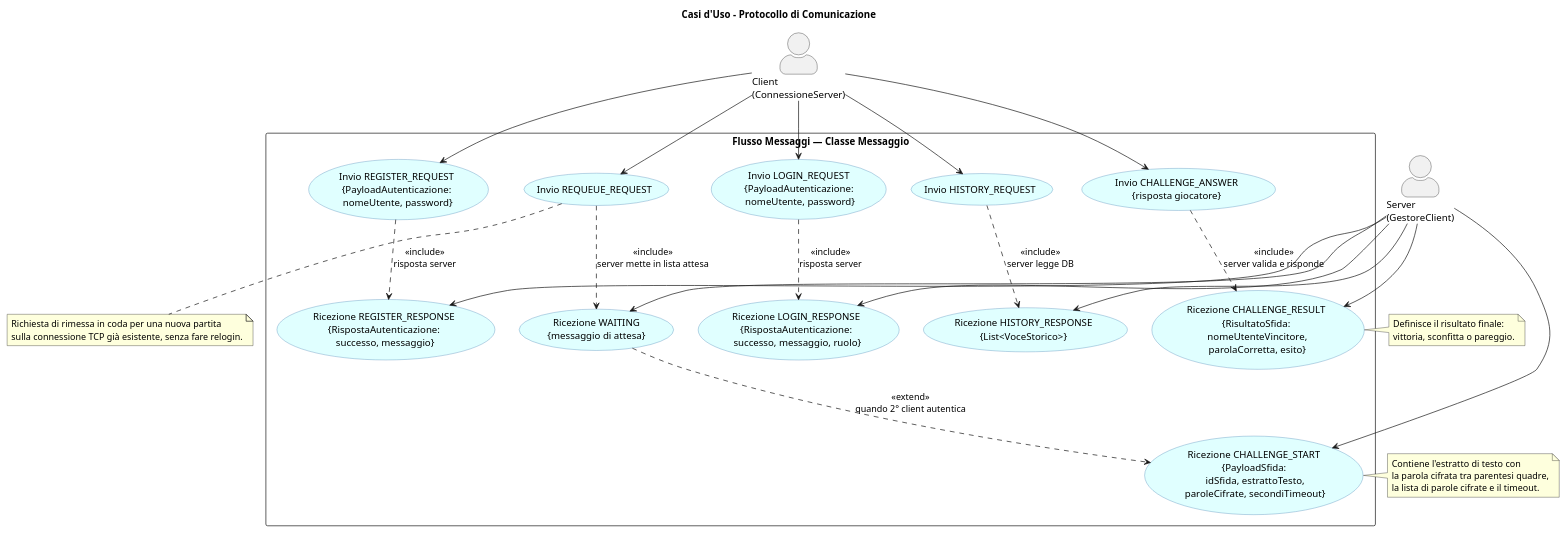
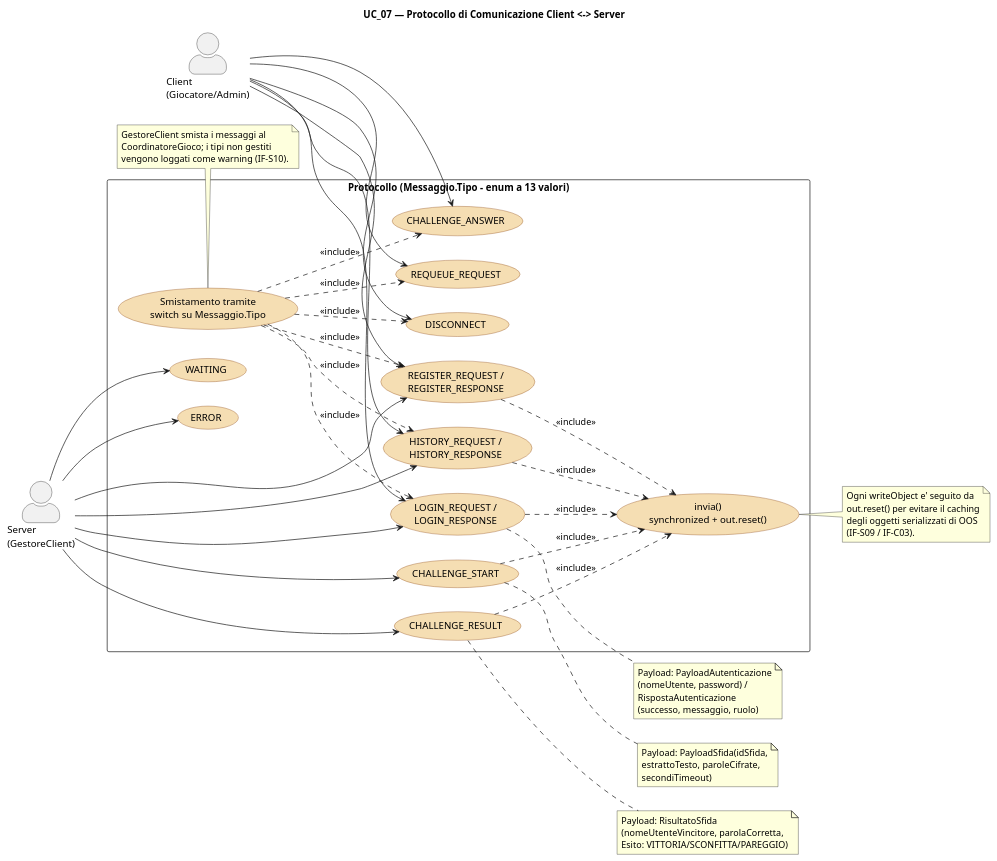
The diagram in Documenti/Diagrammi/UC_07_Protocollo.puml (Michele-Pio-Russo/Progetto_Java_Avanzata_Gruppo_2), drawn with PlantUML before and after one commit. The commit also changed 26 other files, not shown here.

```diff
--- a/Documenti/Diagrammi/UC_07_Protocollo.puml
+++ b/Documenti/Diagrammi/UC_07_Protocollo.puml
@@ -1,72 +1,90 @@
 @startuml UC_07_Protocollo
+left to right direction
 skinparam actorStyle awesome
 skinparam packageStyle rectangle
 skinparam usecase {
-  BackgroundColor LightCyan
-  BorderColor SteelBlue
+  BackgroundColor Wheat
+  BorderColor SaddleBrown
 }
 
-title Casi d'Uso - Protocollo di Comunicazione
+title UC_07 — Protocollo di Comunicazione Client <-> Server
 
-actor "Client\n(ConnessioneServer)" as Client
-actor "Server\n(GestoreClient)" as Server
+actor "Client\n(Giocatore/Admin)" as C
+actor "Server\n(GestoreClient)" as S
 
-rectangle "Flusso Messaggi — Classe Messaggio" {
+rectangle "Protocollo (Messaggio.Tipo - enum a 13 valori)" {
+  usecase "LOGIN_REQUEST /\nLOGIN_RESPONSE" as M_LOGIN
+  usecase "REGISTER_REQUEST /\nREGISTER_RESPONSE" as M_REG
+  usecase "WAITING" as M_WAIT
+  usecase "CHALLENGE_START" as M_START
+  usecase "CHALLENGE_ANSWER" as M_ANS
+  usecase "CHALLENGE_RESULT" as M_RESULT
+  usecase "HISTORY_REQUEST /\nHISTORY_RESPONSE" as M_HIST
+  usecase "REQUEUE_REQUEST" as M_REQUEUE
+  usecase "ERROR" as M_ERR
+  usecase "DISCONNECT" as M_DISC
 
-  usecase "Invio LOGIN_REQUEST\n{PayloadAutenticazione:\n nomeUtente, password}" as COM01
-  usecase "Ricezione LOGIN_RESPONSE\n{RispostaAutenticazione:\n successo, messaggio, ruolo}" as COM02
-
-  usecase "Invio REGISTER_REQUEST\n{PayloadAutenticazione:\n nomeUtente, password}" as COM03
-  usecase "Ricezione REGISTER_RESPONSE\n{RispostaAutenticazione:\n successo, messaggio}" as COM04
-
-  usecase "Ricezione WAITING\n{messaggio di attesa}" as COM05
-
-  usecase "Ricezione CHALLENGE_START\n{PayloadSfida:\n idSfida, estrattoTesto,\n paroleCifrate, secondiTimeout}" as COM06
-
-  usecase "Invio CHALLENGE_ANSWER\n{risposta giocatore}" as COM07
-
-  usecase "Ricezione CHALLENGE_RESULT\n{RisultatoSfida:\n nomeUtenteVincitore,\n parolaCorretta, esito}" as COM08
-
-  usecase "Invio HISTORY_REQUEST" as COM09
-  usecase "Ricezione HISTORY_RESPONSE\n{List<VoceStorico>}" as COM10
-
-  usecase "Invio REQUEUE_REQUEST" as COM11
+  usecase "invia()\nsynchronized + out.reset()" as UC_INVIA
+  usecase "Smistamento tramite\nswitch su Messaggio.Tipo" as UC_SWITCH
 }
 
-Client --> COM01
-Client --> COM03
-Client --> COM07
-Client --> COM09
-Client --> COM11
+C --> M_LOGIN
+C --> M_REG
+C --> M_ANS
+C --> M_HIST
+C --> M_REQUEUE
+C --> M_DISC
 
-Server --> COM02
-Server --> COM04
-Server --> COM05
-Server --> COM06
-Server --> COM08
-Server --> COM10
+S --> M_LOGIN
+S --> M_REG
+S --> M_WAIT
+S --> M_START
+S --> M_RESULT
+S --> M_HIST
+S --> M_ERR
 
-COM01 ..> COM02 : <<include>>\nrisposta server
-COM03 ..> COM04 : <<include>>\nrisposta server
-COM05 ..> COM06 : <<extend>>\nquando 2° client autentica
-COM07 ..> COM08 : <<include>>\nserver valida e risponde
-COM09 ..> COM10 : <<include>>\nserver legge DB
-COM11 ..> COM05 : <<include>>\nserver mette in lista attesa
+M_LOGIN ..> UC_INVIA : <<include>>
+M_REG ..> UC_INVIA : <<include>>
+M_START ..> UC_INVIA : <<include>>
+M_RESULT ..> UC_INVIA : <<include>>
+M_HIST ..> UC_INVIA : <<include>>
 
-note right of COM06
-  Contiene l'estratto di testo con
-  la parola cifrata tra parentesi quadre,
-  la lista di parole cifrate e il timeout.
+UC_SWITCH ..> M_LOGIN  : <<include>>
+UC_SWITCH ..> M_REG    : <<include>>
+UC_SWITCH ..> M_ANS    : <<include>>
+UC_SWITCH ..> M_HIST   : <<include>>
+UC_SWITCH ..> M_REQUEUE: <<include>>
+UC_SWITCH ..> M_DISC   : <<include>>
+
+note right of M_LOGIN
+  Payload: PayloadAutenticazione
+  (nomeUtente, password) /
+  RispostaAutenticazione
+  (successo, messaggio, ruolo)
 end note
 
-note right of COM08
-  Definisce il risultato finale:
-  vittoria, sconfitta o pareggio.
+note right of M_START
+  Payload: PayloadSfida(idSfida,
+  estrattoTesto, paroleCifrate,
+  secondiTimeout)
 end note
 
-note bottom of COM11
-  Richiesta di rimessa in coda per una nuova partita
-  sulla connessione TCP già esistente, senza fare relogin.
+note right of M_RESULT
+  Payload: RisultatoSfida
+  (nomeUtenteVincitore, parolaCorretta,
+  Esito: VITTORIA/SCONFITTA/PAREGGIO)
 end note
 
+note right of UC_INVIA
+  Ogni writeObject e' seguito da
+  out.reset() per evitare il caching
+  degli oggetti serializzati di OOS
+  (IF-S09 / IF-C03).
+end note
+
+note bottom of UC_SWITCH
+  GestoreClient smista i messaggi al
+  CoordinatoreGioco; i tipi non gestiti
+  vengono loggati come warning (IF-S10).
+end note
 @enduml
```
